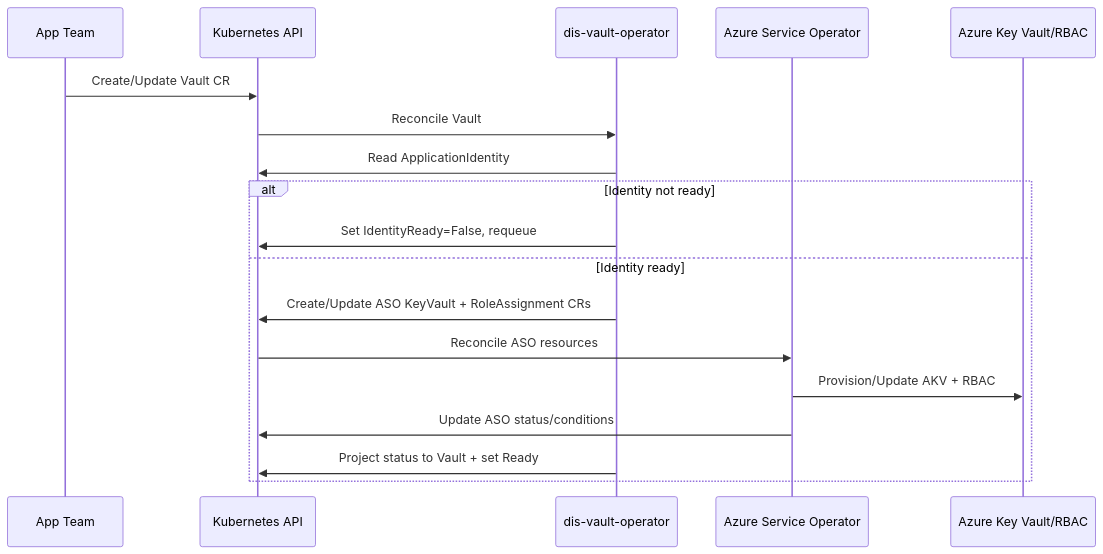
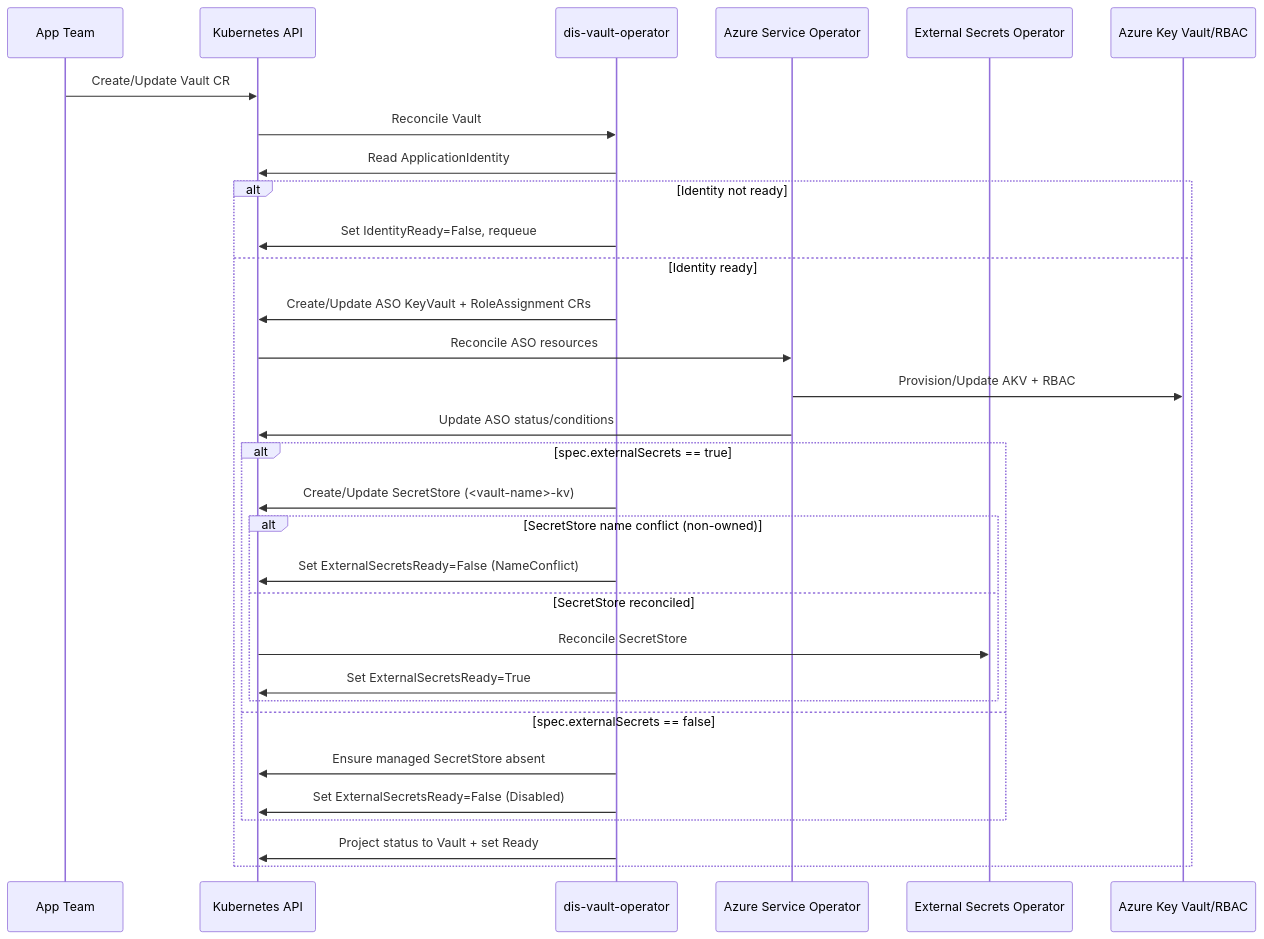
One commit to Altinn/altinn-platform changed the diagram in rfcs/0009-self-service-key-vault.md. Above: the diagram before and after it, drawn with Mermaid. The commit also changed other lines of this file, not shown here.

Commit message:
add external secrets section + future possibilities

````diff
--- a/rfcs/0009-self-service-key-vault.md
+++ b/rfcs/0009-self-service-key-vault.md
@@ -177,21 +189,34 @@
 ```mermaid
 sequenceDiagram
 participant dev as App Team
 participant kapi as Kubernetes API
 participant vaultop as dis-vault-operator
 participant aso as Azure Service Operator
+participant eso as External Secrets Operator
 participant azure as Azure Key Vault/RBAC
 
 dev->>kapi: Create/Update Vault CR
 kapi->>vaultop: Reconcile Vault
 vaultop->>kapi: Read ApplicationIdentity
 alt Identity not ready
   vaultop->>kapi: Set IdentityReady=False, requeue
 else Identity ready
   vaultop->>kapi: Create/Update ASO KeyVault + RoleAssignment CRs
   kapi->>aso: Reconcile ASO resources
   aso->>azure: Provision/Update AKV + RBAC
   aso->>kapi: Update ASO status/conditions
+  alt spec.externalSecrets == true
+    vaultop->>kapi: Create/Update SecretStore (<vault-name>-kv)
+    alt SecretStore name conflict (non-owned)
+      vaultop->>kapi: Set ExternalSecretsReady=False (NameConflict)
+    else SecretStore reconciled
+      kapi->>eso: Reconcile SecretStore
+      vaultop->>kapi: Set ExternalSecretsReady=True
+    end
+  else spec.externalSecrets == false
+    vaultop->>kapi: Ensure managed SecretStore absent
+    vaultop->>kapi: Set ExternalSecretsReady=False (Disabled)
+  end
   vaultop->>kapi: Project status to Vault + set Ready
 end
 ```
````
